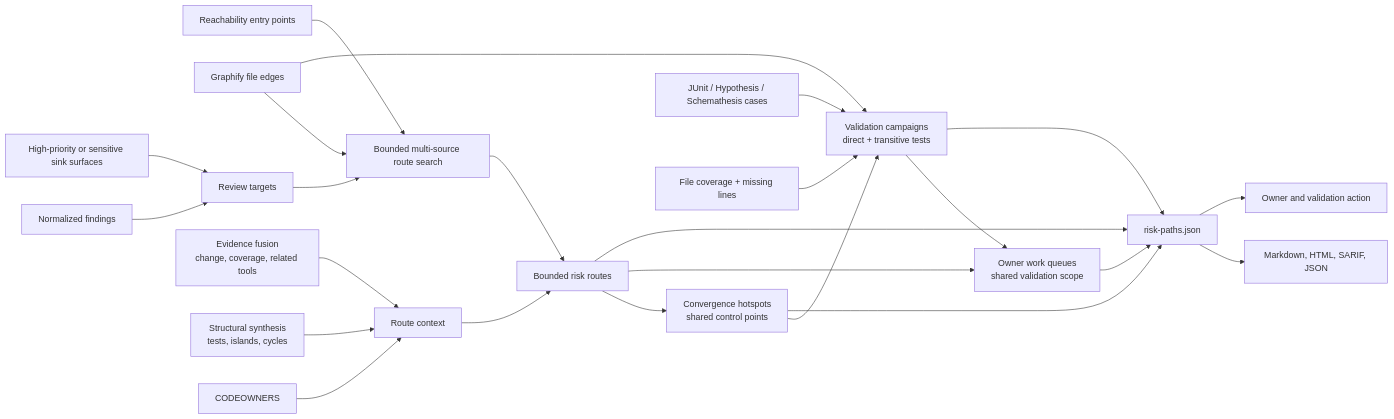
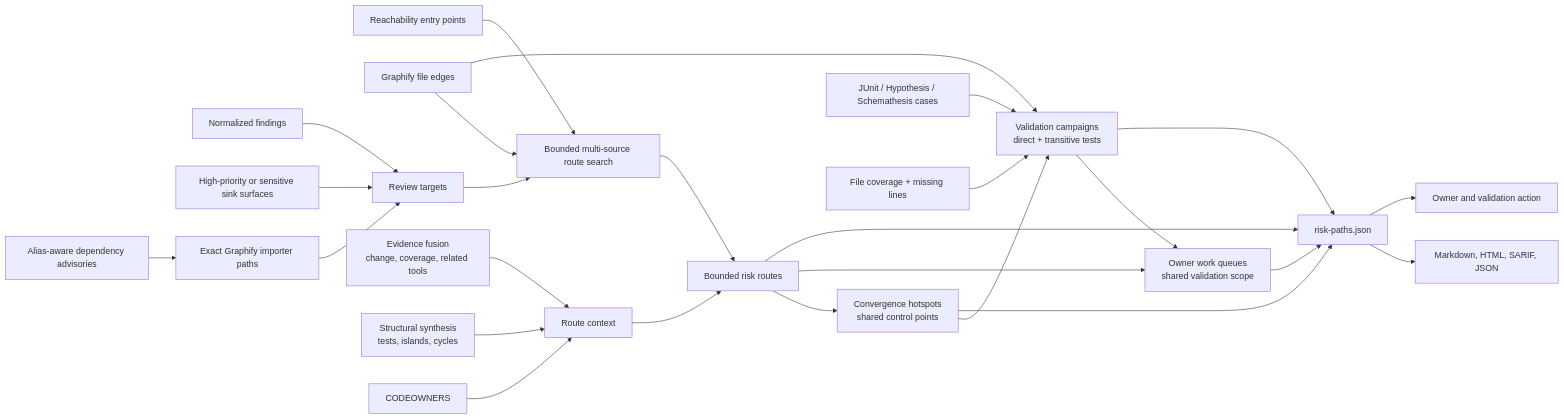
The diagram in docs/risk-paths.md (willtran87/project-py-security-suite), drawn with Mermaid before and after one commit. The commit also changed other lines of this file and 17 other files, not shown here.

Commit message:
Route dependency advisories through exact importers

````diff
--- a/docs/risk-paths.md
+++ b/docs/risk-paths.md
@@ -18,26 +18,28 @@
 ```mermaid
 flowchart LR
     Entry["Reachability entry points"] --> Route["Bounded multi-source route search"]
     Graph["Graphify file edges"] --> Route
     Finding["Normalized findings"] --> Target["Review targets"]
     Sink["High-priority or sensitive sink surfaces"] --> Target
+    Advisory["Alias-aware dependency advisories"] --> Importer["Exact Graphify importer paths"]
+    Importer --> Target
     Target --> Route
     Fusion["Evidence fusion<br/>change, coverage, related tools"] --> Context["Route context"]
     Structure["Structural synthesis<br/>tests, islands, cycles"] --> Context
     Owners["CODEOWNERS"] --> Context
     Route --> Routed["Bounded risk routes"]
     Context --> Routed
     Routed --> Converge["Convergence hotspots<br/>shared control points"]
     Graph --> Campaign["Validation campaigns<br/>direct + transitive tests"]
     Converge --> Campaign
     Tests["JUnit / Hypothesis / Schemathesis cases"] --> Campaign
     Coverage["File coverage + missing lines"] --> Campaign
     Routed --> Queues["Owner work queues<br/>shared validation scope"]
     Campaign --> Queues
     Routed --> Result["risk-paths.json"]
     Converge --> Result
     Campaign --> Result
     Queues --> Result
     Result --> Reports["Markdown, HTML, SARIF, JSON"]
     Result --> Closure["Owner and validation action"]
 ```
````
